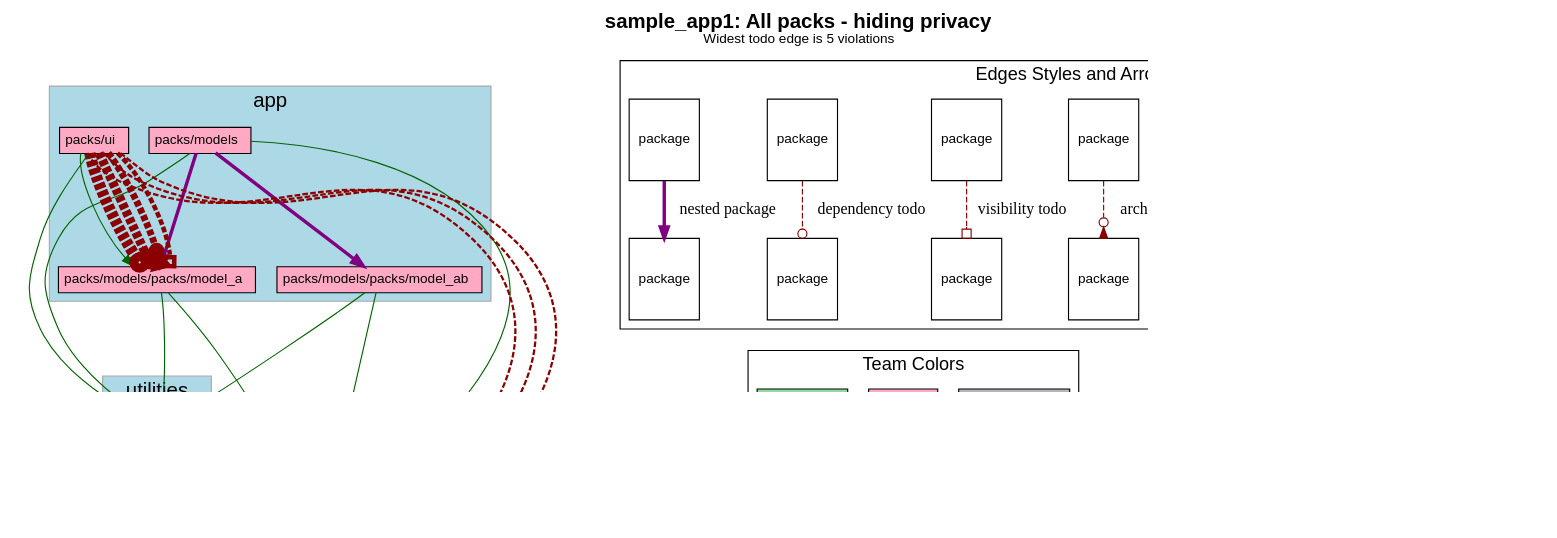
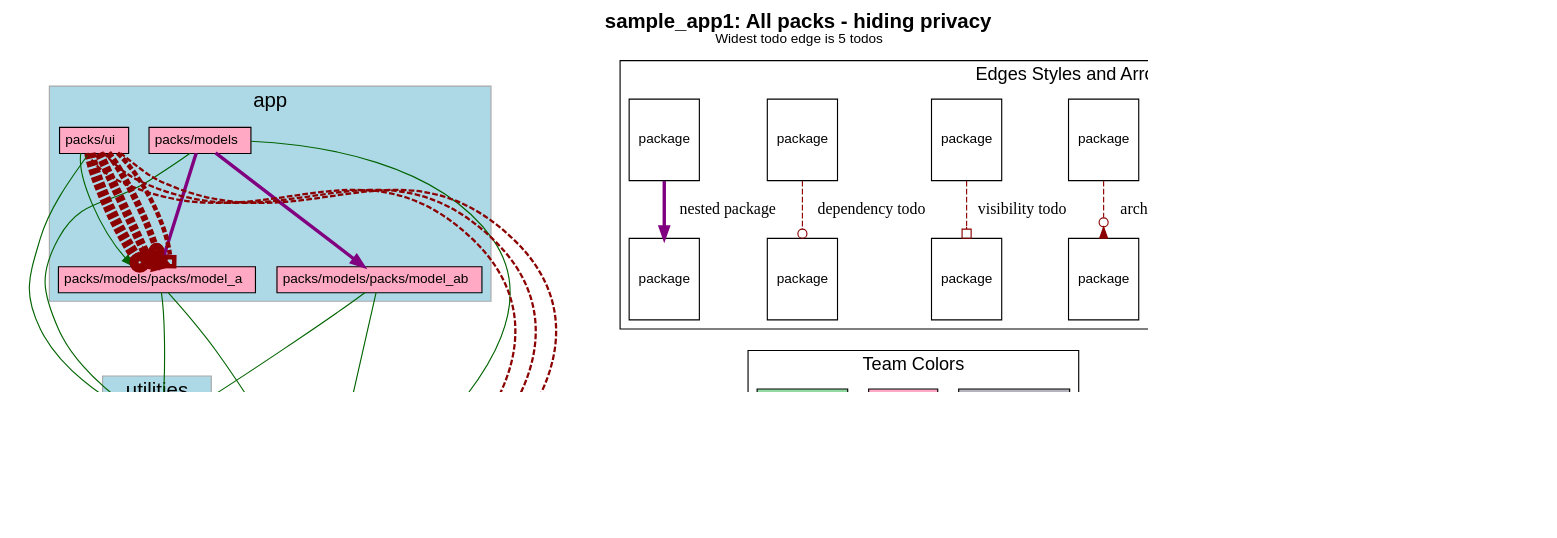
Before and after one commit to rubyatscale/visualize_packs: the diagram in spec/sample_app1/test_output/no_privacy.dot, drawn with Graphviz. The commit also changed 16 other files, not shown here.

First line of the commit message:
Cleanup usage of todos vs violations (#34)

```diff
--- a/spec/sample_app1/test_output/no_privacy.dot
+++ b/spec/sample_app1/test_output/no_privacy.dot
@@ -5,7 +5,7 @@
     fontname="Helvetica,Arial,sans-serif"
     dpi=100
     layout=dot
-    label=<<b>sample_app1: All packs - hiding privacy</b><br/><font point-size='12'>Widest todo edge is 5 violations</font>>
+    label=<<b>sample_app1: All packs - hiding privacy</b><br/><font point-size='12'>Widest todo edge is 5 todos</font>>
     fontsize=18
   ]
   node [
```
